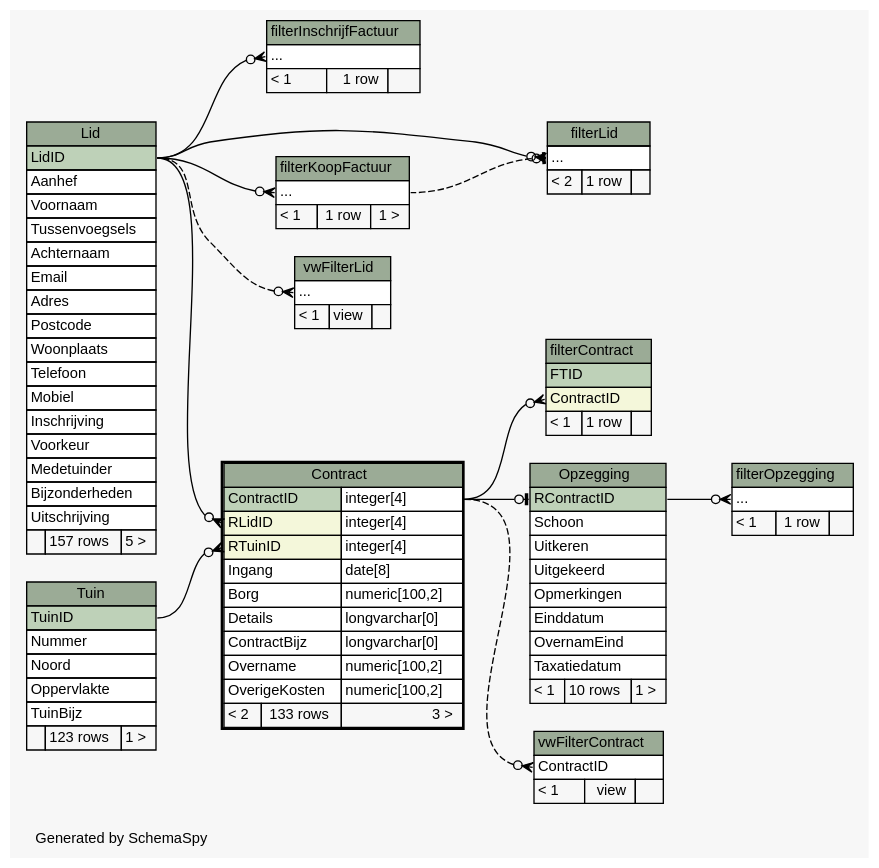
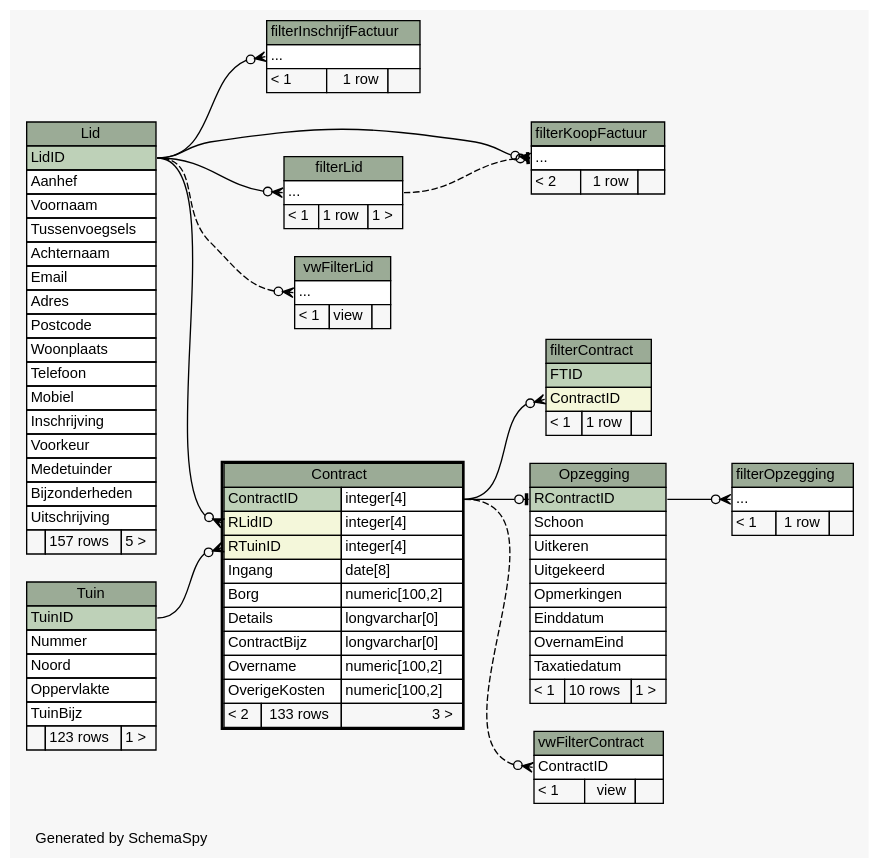
One commit to slspeek/ona-volkstuin changed the diagram in db-schema-docs/diagrams/Contract.implied2degrees.dot. Above: the diagram before and after it, drawn with Graphviz. The commit also changed 48 other files, not shown here.

Commit message:
Schema update

```diff
--- a/db-schema-docs/diagrams/Contract.implied2degrees.dot
+++ b/db-schema-docs/diagrams/Contract.implied2degrees.dot
@@ -1,178 +1,178 @@
 // dot 2.40.1 on Linux 4.19.0-6-amd64
 // SchemaSpy rev 590
 digraph "impliedTwoDegreesRelationshipsDiagram" {
   graph [
     rankdir="RL"
     bgcolor="#f7f7f7"
     label="\nGenerated by SchemaSpy"
     labeljust="l"
     nodesep="0.18"
     ranksep="0.46"
     fontname="Helvetica"
     fontsize="11"
   ];
   node [
     fontname="Helvetica"
     fontsize="11"
     shape="plaintext"
   ];
   edge [
     arrowsize="0.8"
   ];
   "Contract":"RLidID":w -> "Lid":"LidID":e [arrowhead=none dir=back arrowtail=crowodot];
   "Contract":"RTuinID":w -> "Tuin":"TuinID":e [arrowhead=none dir=back arrowtail=crowodot];
   "filterContract":"ContractID":w -> "Contract":"ContractID.type":e [arrowhead=none dir=back arrowtail=crowodot];
   "filterInschrijfFactuur":"elipses":w -> "Lid":"LidID":e [arrowhead=none dir=back arrowtail=crowodot];
+  "filterKoopFactuur":"elipses":w -> "filterLid":"elipses":e [arrowhead=none dir=back arrowtail=teeodot style=dashed];
   "filterKoopFactuur":"elipses":w -> "Lid":"LidID":e [arrowhead=none dir=back arrowtail=crowodot];
-  "filterLid":"elipses":w -> "filterKoopFactuur":"elipses":e [arrowhead=none dir=back arrowtail=teeodot style=dashed];
   "filterLid":"elipses":w -> "Lid":"LidID":e [arrowhead=none dir=back arrowtail=crowodot];
   "filterOpzegging":"elipses":w -> "Opzegging":"RContractID":e [arrowhead=none dir=back arrowtail=crowodot];
   "Opzegging":"RContractID":w -> "Contract":"ContractID.type":e [arrowhead=none dir=back arrowtail=teeodot];
   "vwFilterContract":"ContractID":w -> "Contract":"ContractID.type":e [arrowhead=none dir=back arrowtail=crowodot style=dashed];
   "vwFilterLid":"elipses":w -> "Lid":"LidID":e [arrowhead=none dir=back arrowtail=crowodot style=dashed];
   "Contract" [
     label=<
     <TABLE BORDER="2" CELLBORDER="1" CELLSPACING="0" BGCOLOR="#ffffff">
       <TR><TD COLSPAN="3" BGCOLOR="#9bab96" ALIGN="CENTER">Contract</TD></TR>
       <TR><TD PORT="ContractID" COLSPAN="2" BGCOLOR="#bed1b8" ALIGN="LEFT">ContractID</TD><TD PORT="ContractID.type" ALIGN="LEFT">integer[4]</TD></TR>
       <TR><TD PORT="RLidID" COLSPAN="2" BGCOLOR="#f4f7da" ALIGN="LEFT">RLidID</TD><TD PORT="RLidID.type" ALIGN="LEFT">integer[4]</TD></TR>
       <TR><TD PORT="RTuinID" COLSPAN="2" BGCOLOR="#f4f7da" ALIGN="LEFT">RTuinID</TD><TD PORT="RTuinID.type" ALIGN="LEFT">integer[4]</TD></TR>
       <TR><TD PORT="Ingang" COLSPAN="2" ALIGN="LEFT">Ingang</TD><TD PORT="Ingang.type" ALIGN="LEFT">date[8]</TD></TR>
       <TR><TD PORT="Borg" COLSPAN="2" ALIGN="LEFT">Borg</TD><TD PORT="Borg.type" ALIGN="LEFT">numeric[100,2]</TD></TR>
       <TR><TD PORT="Details" COLSPAN="2" ALIGN="LEFT">Details</TD><TD PORT="Details.type" ALIGN="LEFT">longvarchar[0]</TD></TR>
       <TR><TD PORT="ContractBijz" COLSPAN="2" ALIGN="LEFT">ContractBijz</TD><TD PORT="ContractBijz.type" ALIGN="LEFT">longvarchar[0]</TD></TR>
       <TR><TD PORT="Overname" COLSPAN="2" ALIGN="LEFT">Overname</TD><TD PORT="Overname.type" ALIGN="LEFT">numeric[100,2]</TD></TR>
       <TR><TD PORT="OverigeKosten" COLSPAN="2" ALIGN="LEFT">OverigeKosten</TD><TD PORT="OverigeKosten.type" ALIGN="LEFT">numeric[100,2]</TD></TR>
       <TR><TD ALIGN="LEFT" BGCOLOR="#f7f7f7">&lt; 2</TD><TD ALIGN="RIGHT" BGCOLOR="#f7f7f7">133 rows</TD><TD ALIGN="RIGHT" BGCOLOR="#f7f7f7">3 &gt;</TD></TR>
     </TABLE>>
     URL="Contract.html"
     tooltip="Contract"
   ];
   "filterContract" [
     label=<
     <TABLE BORDER="0" CELLBORDER="1" CELLSPACING="0" BGCOLOR="#ffffff">
       <TR><TD COLSPAN="3" BGCOLOR="#9bab96" ALIGN="CENTER">filterContract</TD></TR>
       <TR><TD PORT="FTID" COLSPAN="3" BGCOLOR="#bed1b8" ALIGN="LEFT">FTID</TD></TR>
       <TR><TD PORT="ContractID" COLSPAN="3" BGCOLOR="#f4f7da" ALIGN="LEFT">ContractID</TD></TR>
       <TR><TD ALIGN="LEFT" BGCOLOR="#f7f7f7">&lt; 1</TD><TD ALIGN="RIGHT" BGCOLOR="#f7f7f7">1 row</TD><TD ALIGN="RIGHT" BGCOLOR="#f7f7f7">  </TD></TR>
     </TABLE>>
     URL="filterContract.html"
     tooltip="filterContract"
   ];
   "filterInschrijfFactuur" [
     label=<
     <TABLE BORDER="0" CELLBORDER="1" CELLSPACING="0" BGCOLOR="#ffffff">
       <TR><TD COLSPAN="3" BGCOLOR="#9bab96" ALIGN="CENTER">filterInschrijfFactuur</TD></TR>
       <TR><TD PORT="elipses" COLSPAN="3" ALIGN="LEFT">...</TD></TR>
       <TR><TD ALIGN="LEFT" BGCOLOR="#f7f7f7">&lt; 1</TD><TD ALIGN="RIGHT" BGCOLOR="#f7f7f7">1 row</TD><TD ALIGN="RIGHT" BGCOLOR="#f7f7f7">  </TD></TR>
     </TABLE>>
     URL="filterInschrijfFactuur.html"
     tooltip="filterInschrijfFactuur"
   ];
   "filterKoopFactuur" [
     label=<
     <TABLE BORDER="0" CELLBORDER="1" CELLSPACING="0" BGCOLOR="#ffffff">
       <TR><TD COLSPAN="3" BGCOLOR="#9bab96" ALIGN="CENTER">filterKoopFactuur</TD></TR>
       <TR><TD PORT="elipses" COLSPAN="3" ALIGN="LEFT">...</TD></TR>
-      <TR><TD ALIGN="LEFT" BGCOLOR="#f7f7f7">&lt; 1</TD><TD ALIGN="RIGHT" BGCOLOR="#f7f7f7">1 row</TD><TD ALIGN="RIGHT" BGCOLOR="#f7f7f7">1 &gt;</TD></TR>
+      <TR><TD ALIGN="LEFT" BGCOLOR="#f7f7f7">&lt; 2</TD><TD ALIGN="RIGHT" BGCOLOR="#f7f7f7">1 row</TD><TD ALIGN="RIGHT" BGCOLOR="#f7f7f7">  </TD></TR>
     </TABLE>>
     URL="filterKoopFactuur.html"
     tooltip="filterKoopFactuur"
   ];
   "filterLid" [
     label=<
     <TABLE BORDER="0" CELLBORDER="1" CELLSPACING="0" BGCOLOR="#ffffff">
       <TR><TD COLSPAN="3" BGCOLOR="#9bab96" ALIGN="CENTER">filterLid</TD></TR>
       <TR><TD PORT="elipses" COLSPAN="3" ALIGN="LEFT">...</TD></TR>
-      <TR><TD ALIGN="LEFT" BGCOLOR="#f7f7f7">&lt; 2</TD><TD ALIGN="RIGHT" BGCOLOR="#f7f7f7">1 row</TD><TD ALIGN="RIGHT" BGCOLOR="#f7f7f7">  </TD></TR>
+      <TR><TD ALIGN="LEFT" BGCOLOR="#f7f7f7">&lt; 1</TD><TD ALIGN="RIGHT" BGCOLOR="#f7f7f7">1 row</TD><TD ALIGN="RIGHT" BGCOLOR="#f7f7f7">1 &gt;</TD></TR>
     </TABLE>>
     URL="filterLid.html"
     tooltip="filterLid"
   ];
   "filterOpzegging" [
     label=<
     <TABLE BORDER="0" CELLBORDER="1" CELLSPACING="0" BGCOLOR="#ffffff">
       <TR><TD COLSPAN="3" BGCOLOR="#9bab96" ALIGN="CENTER">filterOpzegging</TD></TR>
       <TR><TD PORT="elipses" COLSPAN="3" ALIGN="LEFT">...</TD></TR>
       <TR><TD ALIGN="LEFT" BGCOLOR="#f7f7f7">&lt; 1</TD><TD ALIGN="RIGHT" BGCOLOR="#f7f7f7">1 row</TD><TD ALIGN="RIGHT" BGCOLOR="#f7f7f7">  </TD></TR>
     </TABLE>>
     URL="filterOpzegging.html"
     tooltip="filterOpzegging"
   ];
   "Lid" [
     label=<
     <TABLE BORDER="0" CELLBORDER="1" CELLSPACING="0" BGCOLOR="#ffffff">
       <TR><TD COLSPAN="3" BGCOLOR="#9bab96" ALIGN="CENTER">Lid</TD></TR>
       <TR><TD PORT="LidID" COLSPAN="3" BGCOLOR="#bed1b8" ALIGN="LEFT">LidID</TD></TR>
       <TR><TD PORT="Aanhef" COLSPAN="3" ALIGN="LEFT">Aanhef</TD></TR>
       <TR><TD PORT="Voornaam" COLSPAN="3" ALIGN="LEFT">Voornaam</TD></TR>
       <TR><TD PORT="Tussenvoegsels" COLSPAN="3" ALIGN="LEFT">Tussenvoegsels</TD></TR>
       <TR><TD PORT="Achternaam" COLSPAN="3" ALIGN="LEFT">Achternaam</TD></TR>
       <TR><TD PORT="Email" COLSPAN="3" ALIGN="LEFT">Email</TD></TR>
       <TR><TD PORT="Adres" COLSPAN="3" ALIGN="LEFT">Adres</TD></TR>
       <TR><TD PORT="Postcode" COLSPAN="3" ALIGN="LEFT">Postcode</TD></TR>
       <TR><TD PORT="Woonplaats" COLSPAN="3" ALIGN="LEFT">Woonplaats</TD></TR>
       <TR><TD PORT="Telefoon" COLSPAN="3" ALIGN="LEFT">Telefoon</TD></TR>
       <TR><TD PORT="Mobiel" COLSPAN="3" ALIGN="LEFT">Mobiel</TD></TR>
       <TR><TD PORT="Inschrijving" COLSPAN="3" ALIGN="LEFT">Inschrijving</TD></TR>
       <TR><TD PORT="Voorkeur" COLSPAN="3" ALIGN="LEFT">Voorkeur</TD></TR>
       <TR><TD PORT="Medetuinder" COLSPAN="3" ALIGN="LEFT">Medetuinder</TD></TR>
       <TR><TD PORT="Bijzonderheden" COLSPAN="3" ALIGN="LEFT">Bijzonderheden</TD></TR>
       <TR><TD PORT="Uitschrijving" COLSPAN="3" ALIGN="LEFT">Uitschrijving</TD></TR>
       <TR><TD ALIGN="LEFT" BGCOLOR="#f7f7f7">  </TD><TD ALIGN="RIGHT" BGCOLOR="#f7f7f7">157 rows</TD><TD ALIGN="RIGHT" BGCOLOR="#f7f7f7">5 &gt;</TD></TR>
     </TABLE>>
     URL="Lid.html"
     tooltip="Lid"
   ];
   "Opzegging" [
     label=<
     <TABLE BORDER="0" CELLBORDER="1" CELLSPACING="0" BGCOLOR="#ffffff">
       <TR><TD COLSPAN="3" BGCOLOR="#9bab96" ALIGN="CENTER">Opzegging</TD></TR>
       <TR><TD PORT="RContractID" COLSPAN="3" BGCOLOR="#bed1b8" ALIGN="LEFT">RContractID</TD></TR>
       <TR><TD PORT="Schoon" COLSPAN="3" ALIGN="LEFT">Schoon</TD></TR>
       <TR><TD PORT="Uitkeren" COLSPAN="3" ALIGN="LEFT">Uitkeren</TD></TR>
       <TR><TD PORT="Uitgekeerd" COLSPAN="3" ALIGN="LEFT">Uitgekeerd</TD></TR>
       <TR><TD PORT="Opmerkingen" COLSPAN="3" ALIGN="LEFT">Opmerkingen</TD></TR>
       <TR><TD PORT="Einddatum" COLSPAN="3" ALIGN="LEFT">Einddatum</TD></TR>
       <TR><TD PORT="OvernamEind" COLSPAN="3" ALIGN="LEFT">OvernamEind</TD></TR>
       <TR><TD PORT="Taxatiedatum" COLSPAN="3" ALIGN="LEFT">Taxatiedatum</TD></TR>
       <TR><TD ALIGN="LEFT" BGCOLOR="#f7f7f7">&lt; 1</TD><TD ALIGN="RIGHT" BGCOLOR="#f7f7f7">10 rows</TD><TD ALIGN="RIGHT" BGCOLOR="#f7f7f7">1 &gt;</TD></TR>
     </TABLE>>
     URL="Opzegging.html"
     tooltip="Opzegging"
   ];
   "Tuin" [
     label=<
     <TABLE BORDER="0" CELLBORDER="1" CELLSPACING="0" BGCOLOR="#ffffff">
       <TR><TD COLSPAN="3" BGCOLOR="#9bab96" ALIGN="CENTER">Tuin</TD></TR>
       <TR><TD PORT="TuinID" COLSPAN="3" BGCOLOR="#bed1b8" ALIGN="LEFT">TuinID</TD></TR>
       <TR><TD PORT="Nummer" COLSPAN="3" ALIGN="LEFT">Nummer</TD></TR>
       <TR><TD PORT="Noord" COLSPAN="3" ALIGN="LEFT">Noord</TD></TR>
       <TR><TD PORT="Oppervlakte" COLSPAN="3" ALIGN="LEFT">Oppervlakte</TD></TR>
       <TR><TD PORT="TuinBijz" COLSPAN="3" ALIGN="LEFT">TuinBijz</TD></TR>
       <TR><TD ALIGN="LEFT" BGCOLOR="#f7f7f7">  </TD><TD ALIGN="RIGHT" BGCOLOR="#f7f7f7">123 rows</TD><TD ALIGN="RIGHT" BGCOLOR="#f7f7f7">1 &gt;</TD></TR>
     </TABLE>>
     URL="Tuin.html"
     tooltip="Tuin"
   ];
   "vwFilterContract" [
     label=<
     <TABLE BORDER="0" CELLBORDER="1" CELLSPACING="0" BGCOLOR="#ffffff">
       <TR><TD COLSPAN="3" BGCOLOR="#9bab96" ALIGN="CENTER">vwFilterContract</TD></TR>
       <TR><TD PORT="ContractID" COLSPAN="3" ALIGN="LEFT">ContractID</TD></TR>
       <TR><TD ALIGN="LEFT" BGCOLOR="#f7f7f7">&lt; 1</TD><TD ALIGN="RIGHT" BGCOLOR="#f7f7f7">view</TD><TD ALIGN="RIGHT" BGCOLOR="#f7f7f7">  </TD></TR>
     </TABLE>>
     URL="vwFilterContract.html"
     tooltip="vwFilterContract"
   ];
   "vwFilterLid" [
     label=<
     <TABLE BORDER="0" CELLBORDER="1" CELLSPACING="0" BGCOLOR="#ffffff">
       <TR><TD COLSPAN="3" BGCOLOR="#9bab96" ALIGN="CENTER">vwFilterLid</TD></TR>
       <TR><TD PORT="elipses" COLSPAN="3" ALIGN="LEFT">...</TD></TR>
       <TR><TD ALIGN="LEFT" BGCOLOR="#f7f7f7">&lt; 1</TD><TD ALIGN="RIGHT" BGCOLOR="#f7f7f7">view</TD><TD ALIGN="RIGHT" BGCOLOR="#f7f7f7">  </TD></TR>
     </TABLE>>
     URL="vwFilterLid.html"
     tooltip="vwFilterLid"
   ];
 }
```
